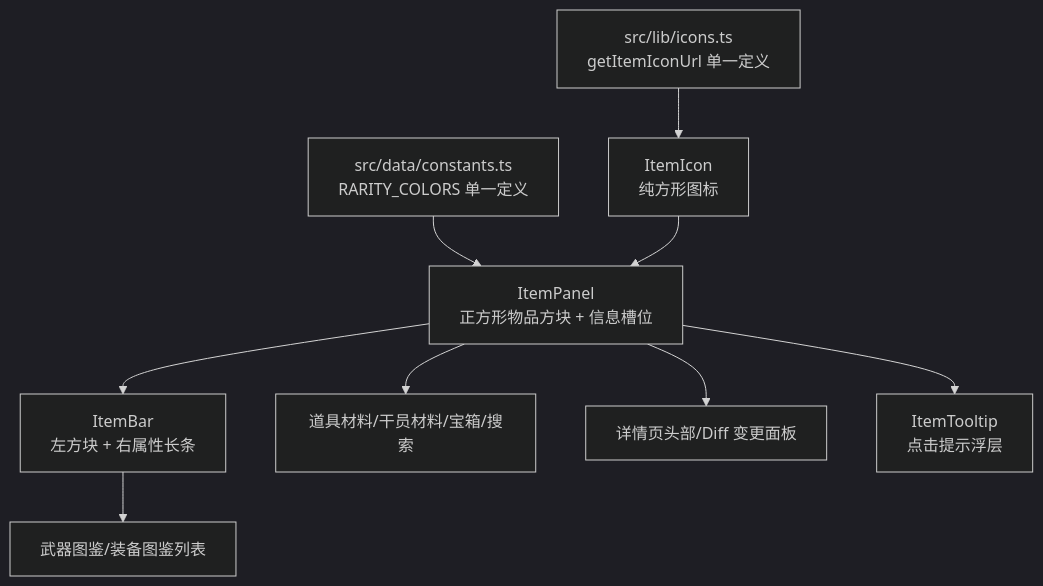
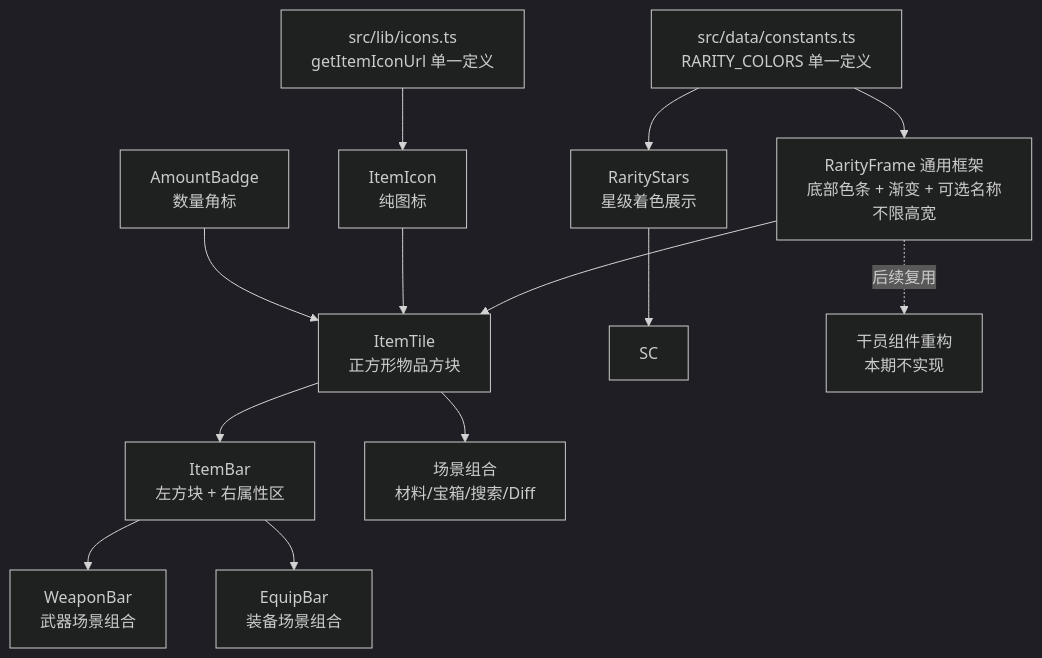
Before and after one commit to Deliay/hongshan-archives-bureau: the diagram in docs/engineering/proposal/20260722-item-panel.md, drawn with Mermaid (dark theme). The commit also changed other lines of this file and 1 other file, not shown here.

Commit message:
docs: ItemPanel review Round 1 - 通用渐变框架、组合式设计、星级筛选

````diff
--- a/docs/engineering/proposal/20260722-item-panel.md
+++ b/docs/engineering/proposal/20260722-item-panel.md
@@ -55,11 +58,15 @@
 ```mermaid
 flowchart TD
-    C[src/data/constants.ts<br/>RARITY_COLORS 单一定义] --> P
+    C[src/data/constants.ts<br/>RARITY_COLORS 单一定义] --> F
+    C --> ST
     U[src/lib/icons.ts<br/>getItemIconUrl 单一定义] --> I
-    I[ItemIcon<br/>纯方形图标] --> P[ItemPanel<br/>正方形物品方块 + 信息槽位]
-    P --> B[ItemBar<br/>左方块 + 右属性长条]
-    P --> S1[道具材料/干员材料/宝箱/搜索]
-    B --> S2[武器图鉴/装备图鉴列表]
-    P --> S3[详情页头部/Diff 变更面板]
-    P --> T[ItemTooltip<br/>点击提示浮层]
+    F[RarityFrame 通用框架<br/>底部色条 + 渐变 + 可选名称<br/>不限高宽] --> T[ItemTile<br/>正方形物品方块]
+    I[ItemIcon<br/>纯图标] --> T
+    AB[AmountBadge<br/>数量角标] --> T
+    ST[RarityStars<br/>星级着色展示] --> SC
+    T --> B[ItemBar<br/>左方块 + 右属性区]
+    B --> WB[WeaponBar<br/>武器场景组合]
+    B --> EB[EquipBar<br/>装备场景组合]
+    T --> MT[场景组合<br/>材料/宝箱/搜索/Diff]
+    F -.后续复用.-> OP[干员组件重构<br/>本期不实现]
 ```
````
